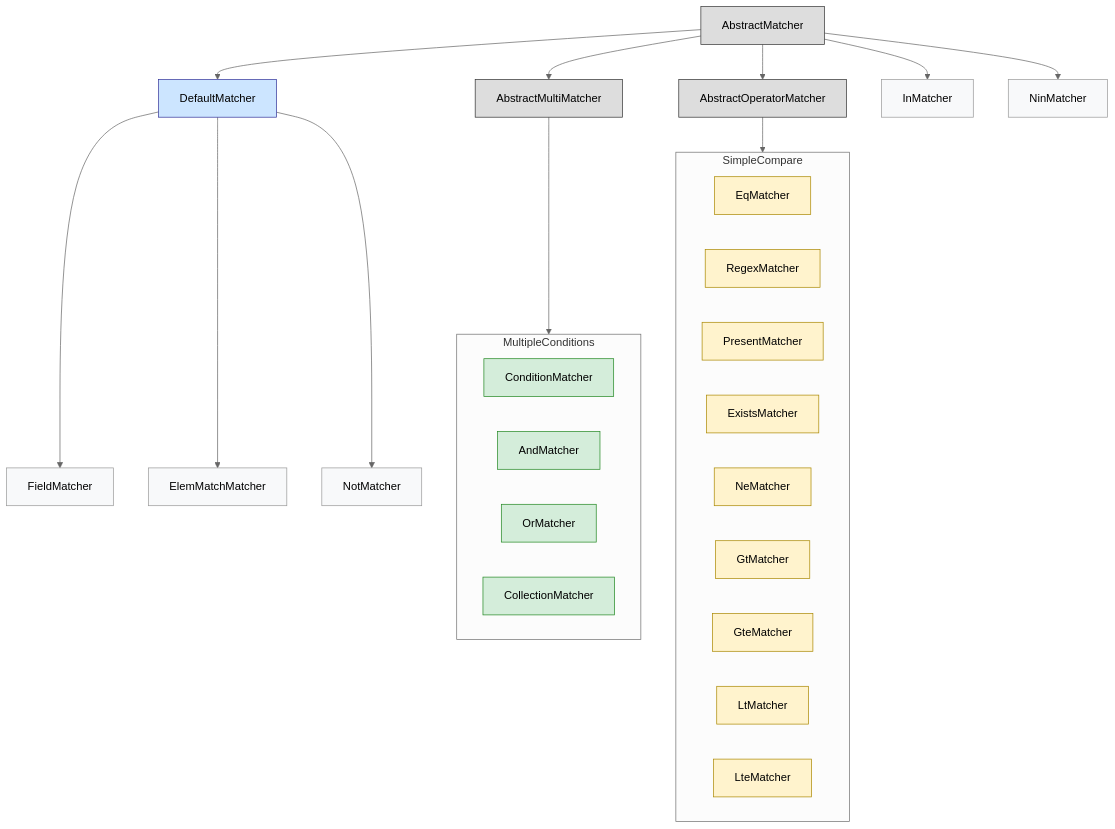
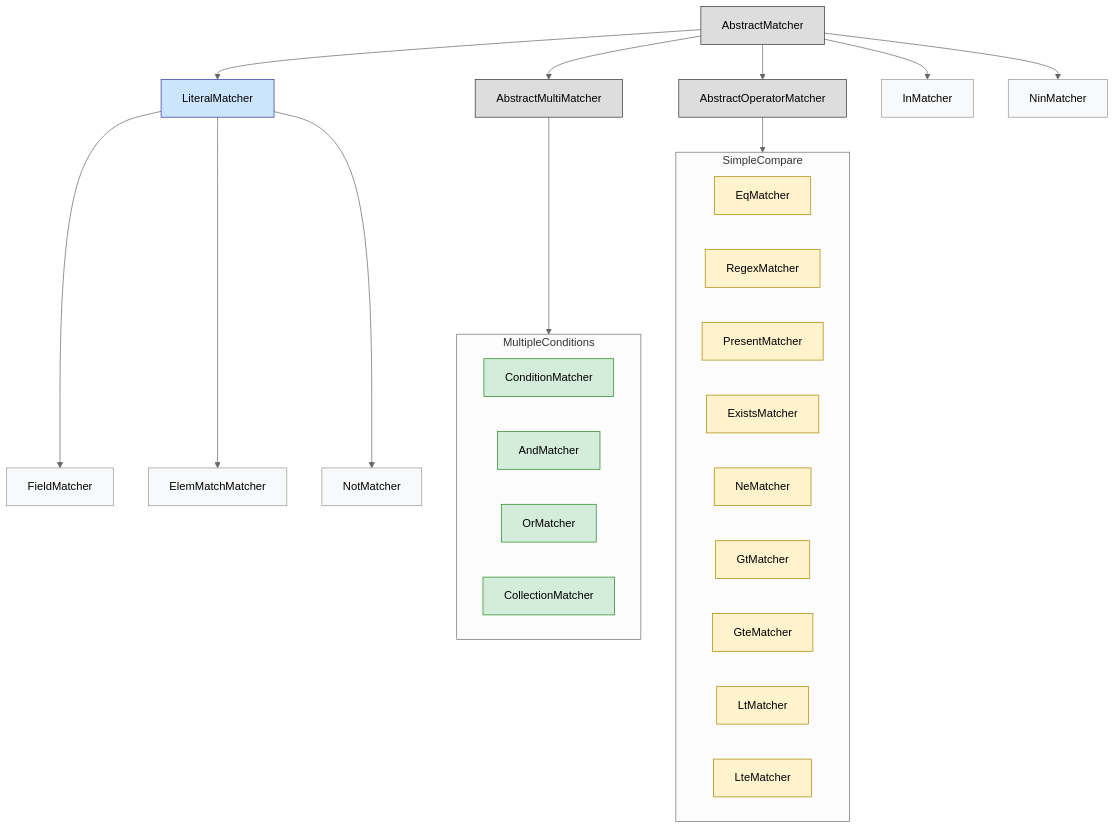
One commit to koten0224/mongory changed the diagram in lib/mongory/matchers/README.md. Above: the diagram before and after it, drawn with Mermaid. The commit also changed 6 other files, not shown here.

First line of the commit message:
refactor(matcher): rename DefaultMatcher to LiteralMatcher for clarity

````diff
--- a/lib/mongory/matchers/README.md
+++ b/lib/mongory/matchers/README.md
@@ -3,55 +3,55 @@
 ```mermaid
 ---
 config:
   theme: neutral
   look: classic
 ---
 
 graph TD
   %% style blocks
   classDef abstract fill:#ddd,stroke:#333,stroke-width:1px,color:#000;
   classDef main fill:#cce5ff,stroke:#339,stroke-width:1px;
   classDef multi fill:#d4edda,stroke:#282,stroke-width:1px;
   classDef operator fill:#fff3cd,stroke:#aa8800,stroke-width:1px;
   classDef leaf fill:#f8f9fa,stroke:#999,stroke-width:1px;
 
   %% Abstract base classes
   A[AbstractMatcher]
   C[AbstractMultiMatcher]
   D[AbstractOperatorMatcher]
 
   subgraph MultipleConditions
     F[ConditionMatcher]
     I[AndMatcher]
     J[OrMatcher]
     W[CollectionMatcher]
   end
 
   subgraph SimpleCompare
     E[EqMatcher]
     K[RegexMatcher]
     L[PresentMatcher]
     M[ExistsMatcher]
     O[NeMatcher]
     Q[GtMatcher]
     R[GteMatcher]
     S[LtMatcher]
     T[LteMatcher]
   end
 
-  A --> B[DefaultMatcher]
+  A --> B[LiteralMatcher]
   A --> U[InMatcher]
   A --> V[NinMatcher]
   A --> C --> MultipleConditions
   A --> D --> SimpleCompare
   B --> G[FieldMatcher]
   B --> H[ElemMatchMatcher]
   B --> N[NotMatcher]
 
   %% Apply classes
   class A,C,D abstract;
   class B main;
   class F,I,J,W multi;
   class E,K,L,M,O,Q,R,S,T operator;
   class G,U,V,H,N leaf;
 ```
````
